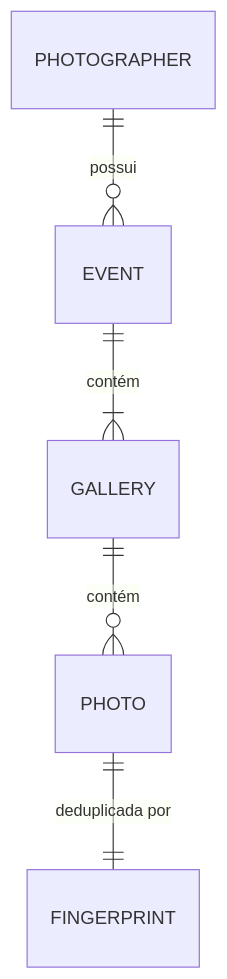
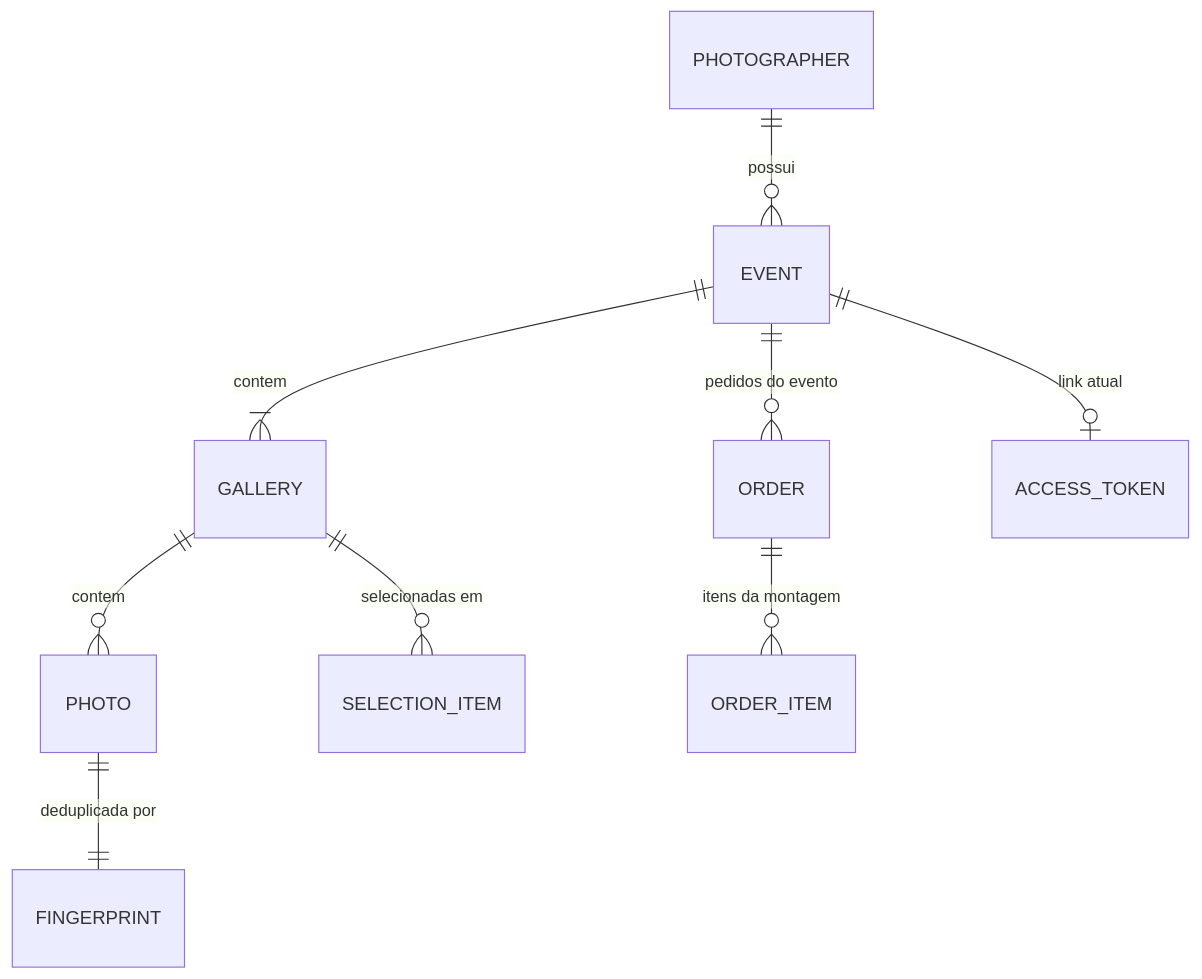
Before and after one commit to andreselva/lumora-docs: the diagram in developers/architecture/data-model.mdx, drawn with Mermaid. The commit also changed other lines of this file and 6 other files, not shown here.

First line of the commit message:
docs(architecture): atualiza as cinco páginas de arquitetura ao código atual

````diff
--- a/developers/architecture/data-model.mdx
+++ b/developers/architecture/data-model.mdx
@@ -35,7 +46,11 @@
 ```mermaid
 erDiagram
-  PHOTOGRAPHER ||--o{ EVENT : "possui"
-  EVENT ||--|{ GALLERY : "contém"
-  GALLERY ||--o{ PHOTO : "contém"
+  PHOTOGRAPHER ||--o{ EVENT : possui
+  EVENT ||--|{ GALLERY : contem
+  GALLERY ||--o{ PHOTO : contem
   PHOTO ||--|| FINGERPRINT : "deduplicada por"
+  GALLERY ||--o{ SELECTION_ITEM : "selecionadas em"
+  EVENT ||--o{ ORDER : "pedidos do evento"
+  ORDER ||--o{ ORDER_ITEM : "itens da montagem"
+  EVENT ||--o| ACCESS_TOKEN : "link atual"
 ```
````
